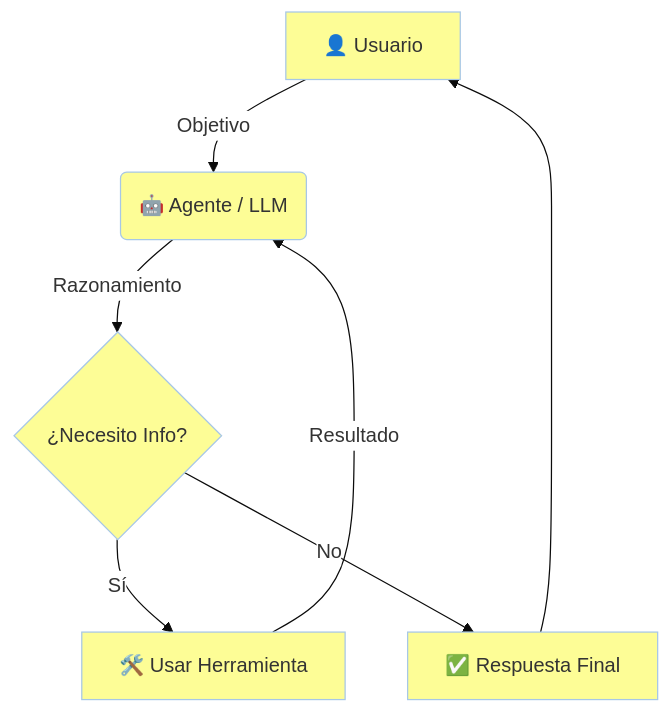
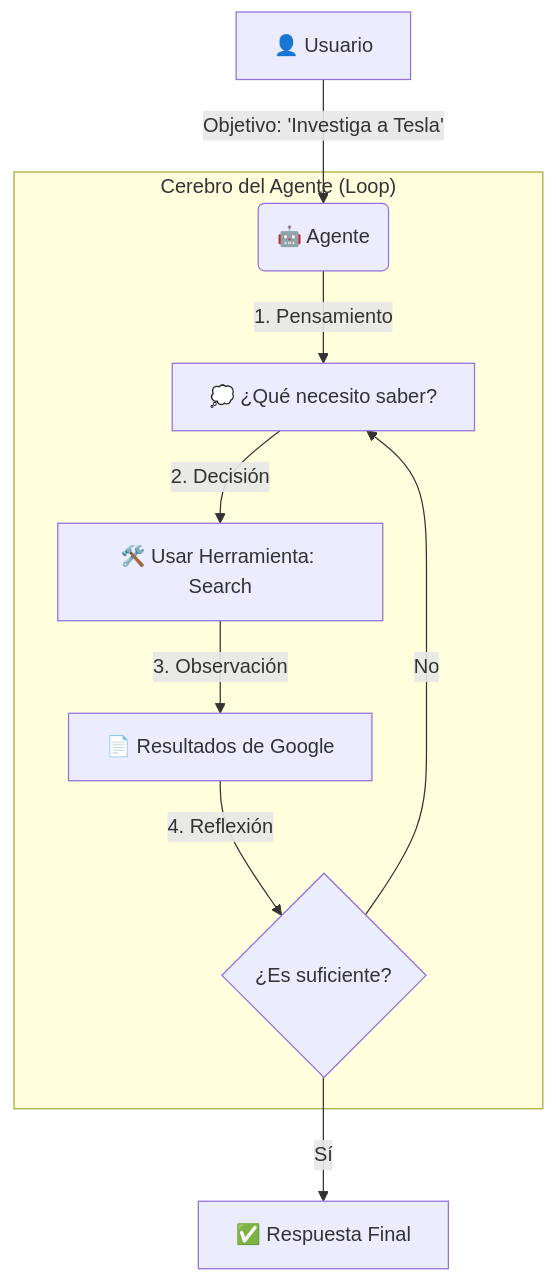
One commit to RACPSC2025/Professional-AI-Agent-Developer-Course-v1.0 changed the diagram in module1/README.md. Above: the diagram before and after it, drawn with Mermaid. The commit also changed other lines of this file and 1 other file, not shown here.

````diff
--- a/module1/README.md
+++ b/module1/README.md
@@ -38,10 +39,14 @@
 ```mermaid
-%%{init: {'theme': 'base', 'themeVariables': { 'primaryColor': '#FFD1DC', 'edgeLabelBackground':'#ffffff', 'tertiaryColor': '#E6E6FA', 'mainBkg': '#FDFD96', 'nodeBorder': '#A7C7E7'}}}%%
 graph TD
-    A[👤 Usuario] -->|Objetivo| B(🤖 Agente / LLM)
-    B -->|Razonamiento| C{¿Necesito Info?}
-    C -->|Sí| D[🛠️ Usar Herramienta]
-    D -->|Resultado| B
-    C -->|No| E[✅ Respuesta Final]
-    E --> A
+    User[👤 Usuario] -->|Objetivo: 'Investiga a Tesla'| Agent(🤖 Agente)
+    
+    subgraph "Cerebro del Agente (Loop)"
+    Agent -->|1. Pensamiento| Thought[💭 ¿Qué necesito saber?]
+    Thought -->|2. Decisión| Action[🛠️ Usar Herramienta: Search]
+    Action -->|3. Observación| Result[📄 Resultados de Google]
+    Result -->|4. Reflexión| Check{¿Es suficiente?}
+    Check -->|No| Thought
+    end
+    
+    Check -->|Sí| Final[✅ Respuesta Final]
 ```
````
